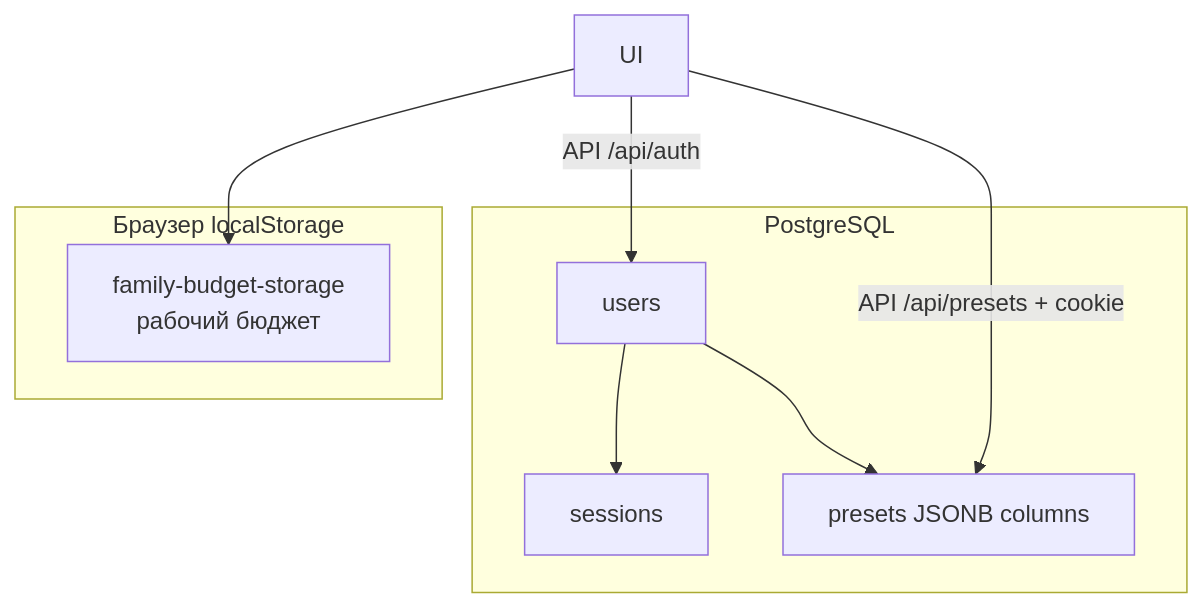
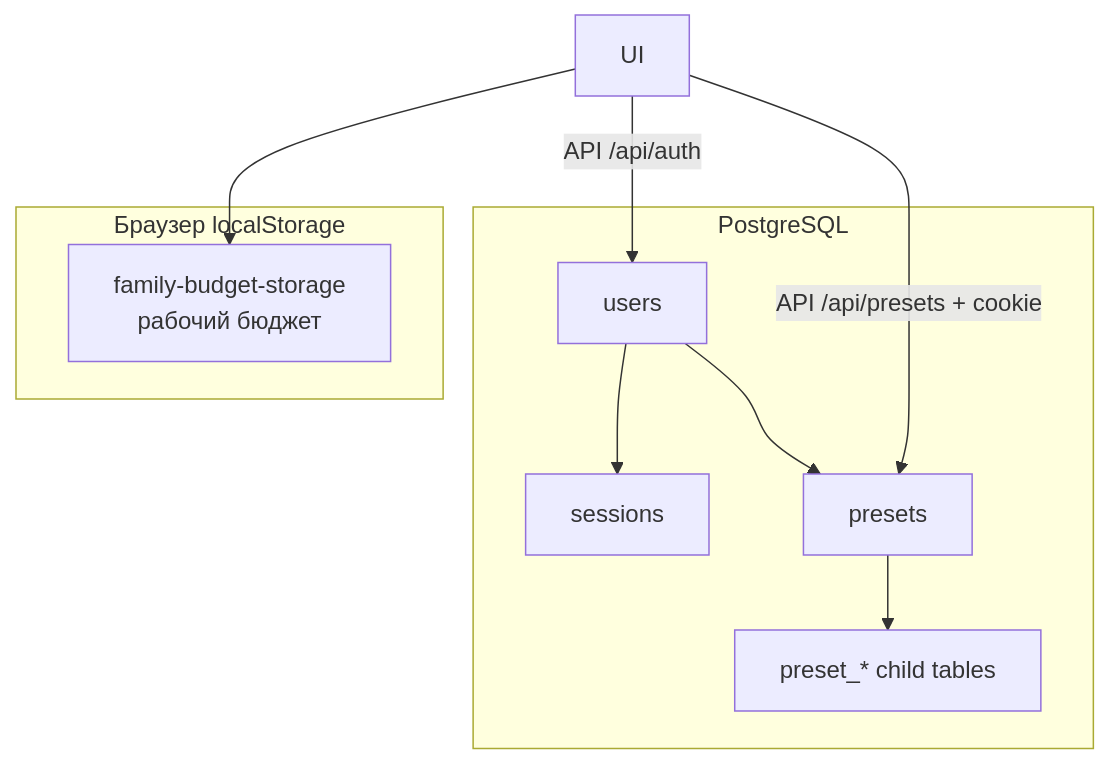
The first of 2 diagrams in database.md (merdovash/trip_budget), drawn with Mermaid before and after one commit. The commit also changed other lines of this file and 7 other files, not shown here.

````diff
--- a/database.md
+++ b/database.md
@@ -16,16 +16,18 @@
 ```mermaid
 flowchart TB
   subgraph db [PostgreSQL]
     U[users]
     S[sessions]
-    P[presets JSONB columns]
+    P[presets]
+    C[preset_* child tables]
   end
   subgraph browser [Браузер localStorage]
     BS["family-budget-storage\nрабочий бюджет"]
   end
   UI[UI] --> BS
   UI -->|API /api/presets + cookie| P
+  P --> C
   UI -->|API /api/auth| U
   U --> S
   U --> P
 ```
````
